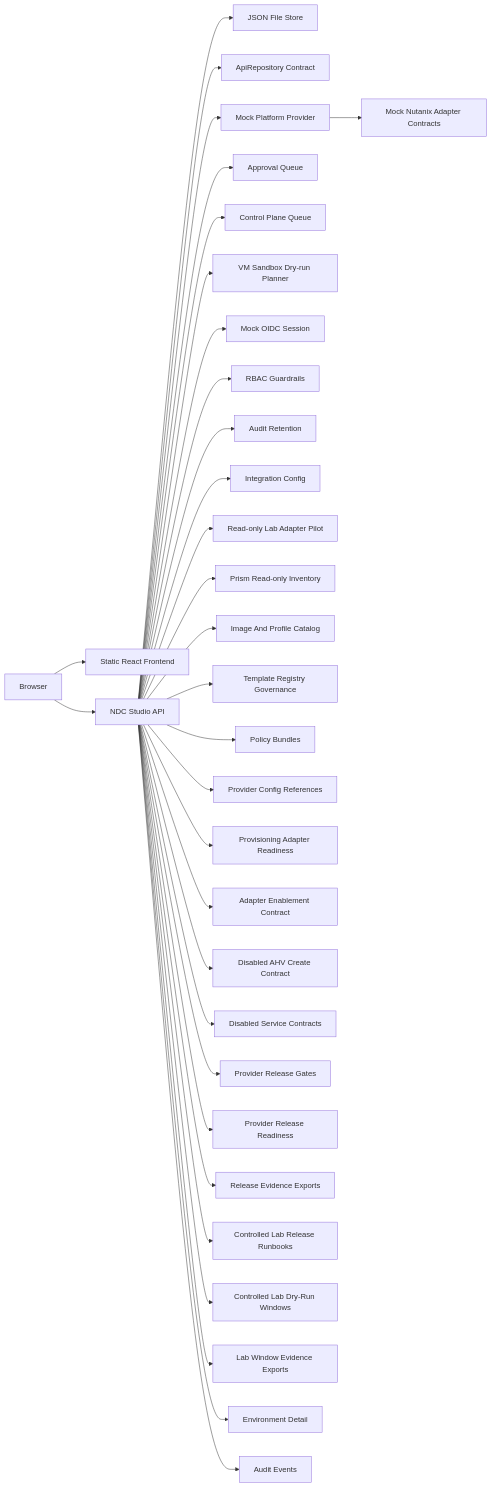
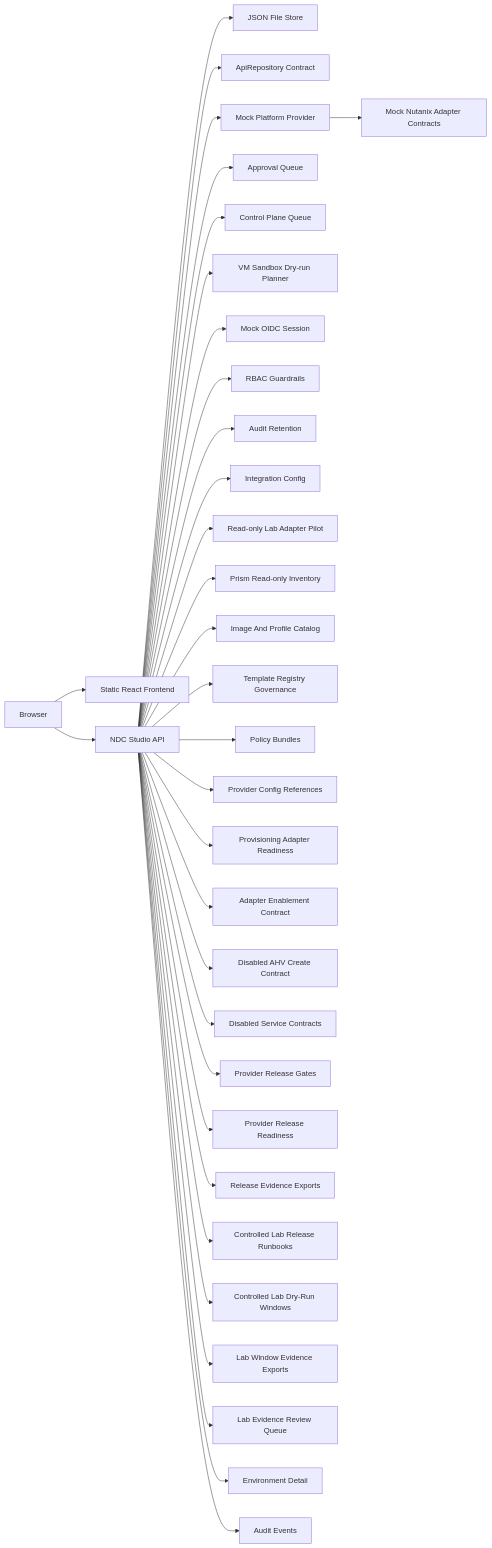
One commit to VirtuArchitect/nutanix-developer-cloud-studio changed the second of 2 diagrams in docs/architecture.md. Above: the diagram before and after it, drawn with Mermaid. The commit also changed other lines of this file and 21 other files, not shown here.

Commit message:
Add v2.15 lab evidence review queue

````diff
--- a/docs/architecture.md
+++ b/docs/architecture.md
@@ -21,34 +21,35 @@
 ```mermaid
 flowchart LR
     Browser["Browser"] --> Web["Static React Frontend"]
     Browser --> Api["NDC Studio API"]
     Api --> Store["JSON File Store"]
     Api --> Repo["ApiRepository Contract"]
     Api --> Provider["Mock Platform Provider"]
     Provider --> Adapters["Mock Nutanix Adapter Contracts"]
     Api --> Approvals["Approval Queue"]
     Api --> Queue["Control Plane Queue"]
     Api --> VmDryRun["VM Sandbox Dry-run Planner"]
     Api --> Identity["Mock OIDC Session"]
     Api --> Rbac["RBAC Guardrails"]
     Api --> AuditRetention["Audit Retention"]
     Api --> Config["Integration Config"]
     Api --> LabAdapters["Read-only Lab Adapter Pilot"]
     Api --> PrismInventory["Prism Read-only Inventory"]
     Api --> Inventory["Image And Profile Catalog"]
     Api --> Registry["Template Registry Governance"]
     Api --> Bundles["Policy Bundles"]
     Api --> ProviderConfig["Provider Config References"]
     Api --> AdapterReadiness["Provisioning Adapter Readiness"]
     Api --> AdapterEnablement["Adapter Enablement Contract"]
     Api --> AhvCreateContract["Disabled AHV Create Contract"]
     Api --> ServiceContracts["Disabled Service Contracts"]
     Api --> ProviderRelease["Provider Release Gates"]
     Api --> ReleaseDashboard["Provider Release Readiness"]
     Api --> ReleaseEvidence["Release Evidence Exports"]
     Api --> ReleaseRunbook["Controlled Lab Release Runbooks"]
     Api --> ReleaseWindow["Controlled Lab Dry-Run Windows"]
     Api --> WindowEvidence["Lab Window Evidence Exports"]
+    Api --> EvidenceReview["Lab Evidence Review Queue"]
     Api --> Details["Environment Detail"]
     Api --> Audit["Audit Events"]
 ```
````
